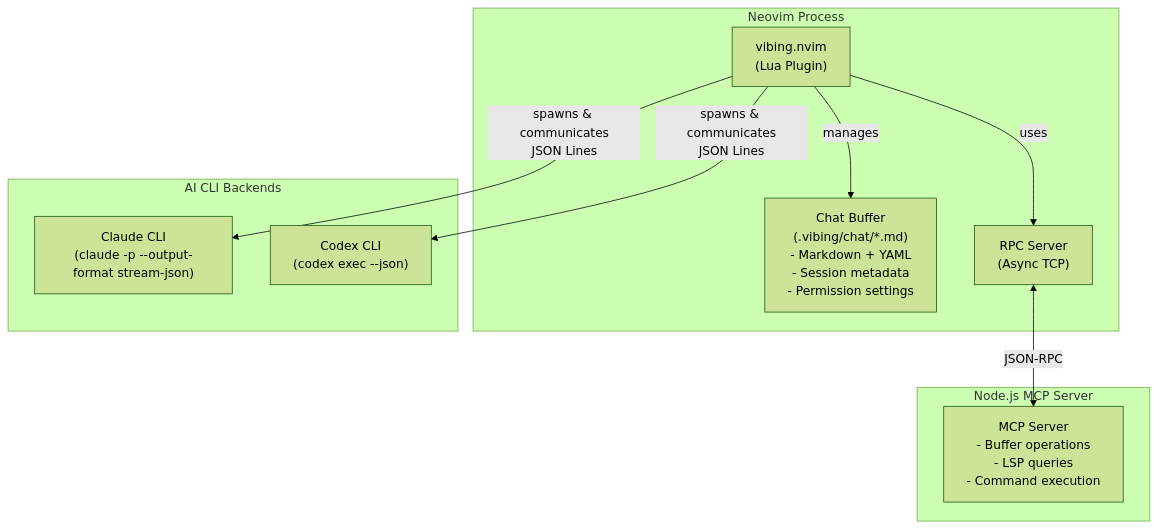
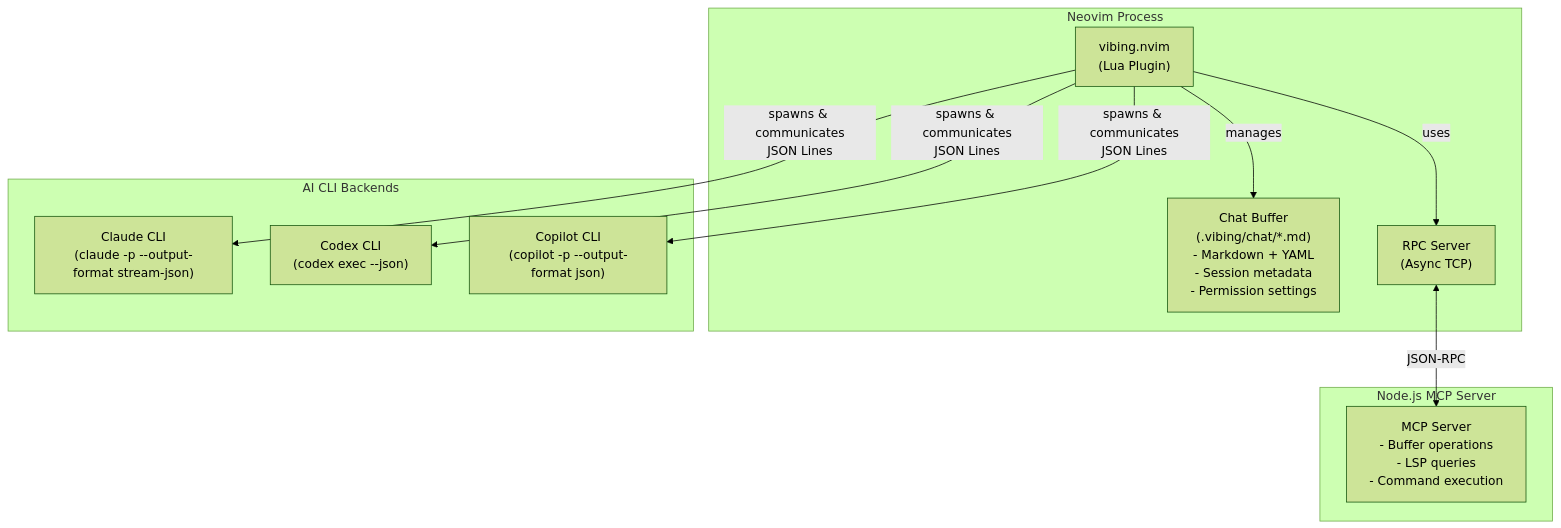
Before and after one commit to shabaraba/vibing.nvim: the diagram in README.ja.md, drawn with Mermaid (forest theme). The commit also changed other lines of this file and 4 other files, not shown here.

````diff
--- a/README.ja.md
+++ b/README.ja.md
@@ -307,24 +308,26 @@
 ```mermaid
 graph TB
     subgraph Neovim["Neovim Process"]
         Plugin["vibing.nvim<br/>(Lua Plugin)"]
         Buffer["Chat Buffer<br/>(.vibing/chat/*.md)<br/>- Markdown + YAML<br/>- Session metadata<br/>- Permission settings"]
         RPC["RPC Server<br/>(Async TCP)"]
 
         Plugin -->|manages| Buffer
         Plugin -->|uses| RPC
     end
 
     subgraph MCP["Node.js MCP Server"]
         MCPServer["MCP Server<br/>- Buffer operations<br/>- LSP queries<br/>- Command execution"]
     end
 
     subgraph AI["AI CLI Backends"]
         Claude["Claude CLI<br/>(claude -p --output-format stream-json)"]
         Codex["Codex CLI<br/>(codex exec --json)"]
+        Copilot["Copilot CLI<br/>(copilot -p --output-format json)"]
     end
 
     RPC <-->|JSON-RPC| MCPServer
     Plugin -->|spawns & communicates<br/>JSON Lines| Claude
     Plugin -->|spawns & communicates<br/>JSON Lines| Codex
+    Plugin -->|spawns & communicates<br/>JSON Lines| Copilot
 ```
````
